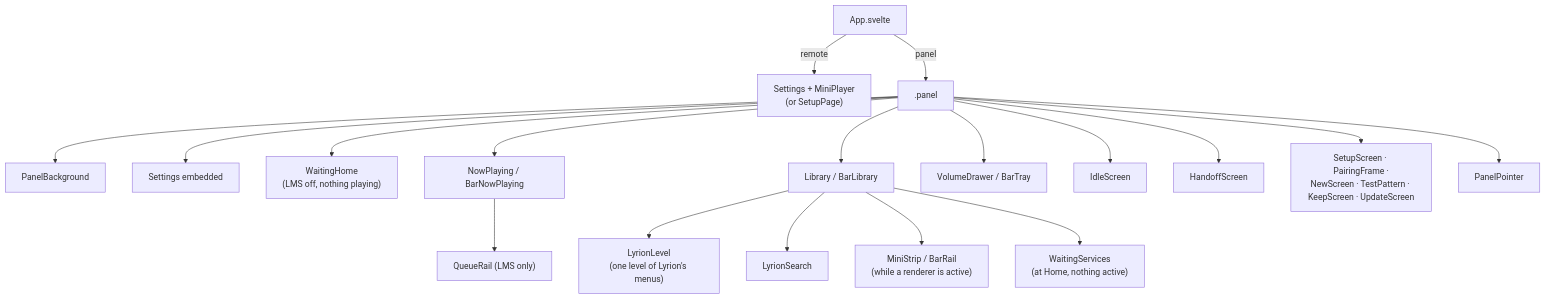
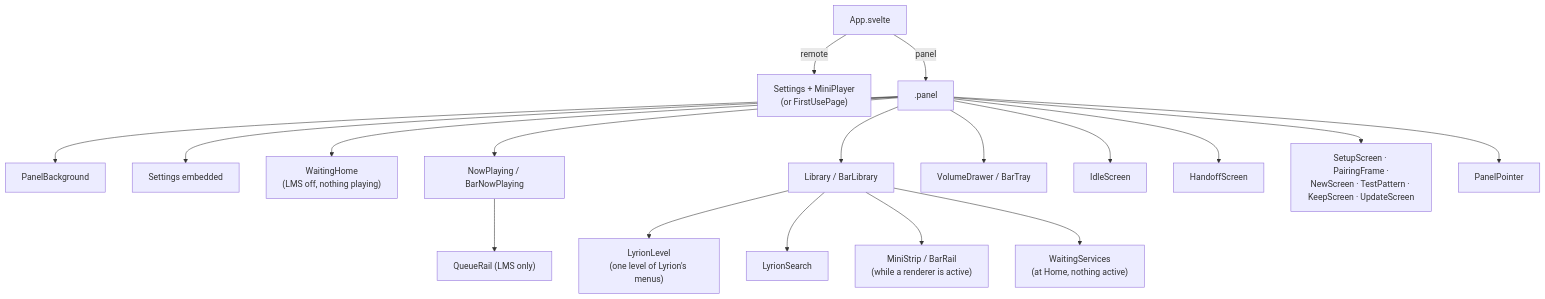
The fourth of 7 diagrams in docs/tech/ui.md (gcarstoiu/gexis-player), drawn with Mermaid before and after one commit. The commit also changed other lines of this file and 3 other files, not shown here.

````diff
--- a/docs/tech/ui.md
+++ b/docs/tech/ui.md
@@ -210,21 +210,21 @@
 ```mermaid
 flowchart TD
   App[App.svelte]
-  App -->|remote| Rem["Settings + MiniPlayer<br/>(or SetupPage)"]
+  App -->|remote| Rem["Settings + MiniPlayer<br/>(or FirstUsePage)"]
   App -->|panel| Pan[".panel"]
   Pan --> PB[PanelBackground]
   Pan --> St[Settings embedded]
   Pan --> WH["WaitingHome<br/>(LMS off, nothing playing)"]
   Pan --> NP["NowPlaying / BarNowPlaying"]
   NP --> QR["QueueRail (LMS only)"]
   Pan --> Lib["Library / BarLibrary"]
   Lib --> LL["LyrionLevel<br/>(one level of Lyrion's menus)"]
   Lib --> LS[LyrionSearch]
   Lib --> MS["MiniStrip / BarRail<br/>(while a renderer is active)"]
   Lib --> WS["WaitingServices<br/>(at Home, nothing active)"]
   Pan --> VD["VolumeDrawer / BarTray"]
   Pan --> IS[IdleScreen]
   Pan --> HS[HandoffScreen]
   Pan --> Ov["SetupScreen · PairingFrame ·<br/>NewScreen · TestPattern · KeepScreen · UpdateScreen"]
   Pan --> PP[PanelPointer]
 ```
````
